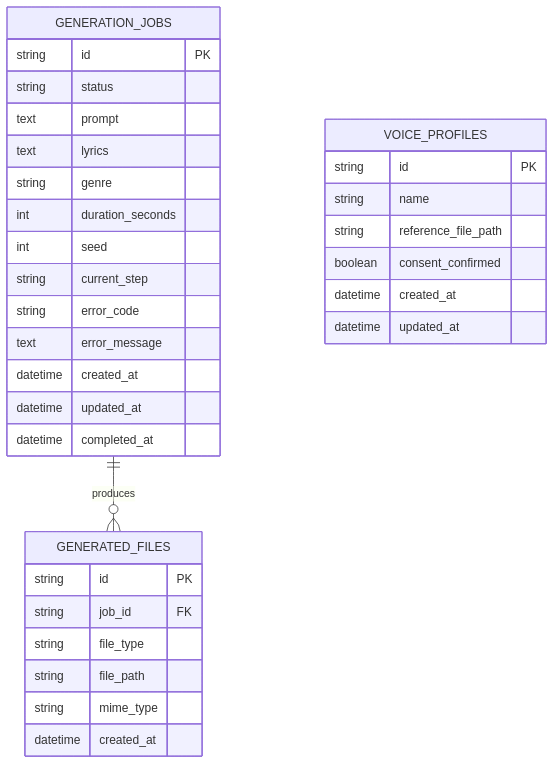
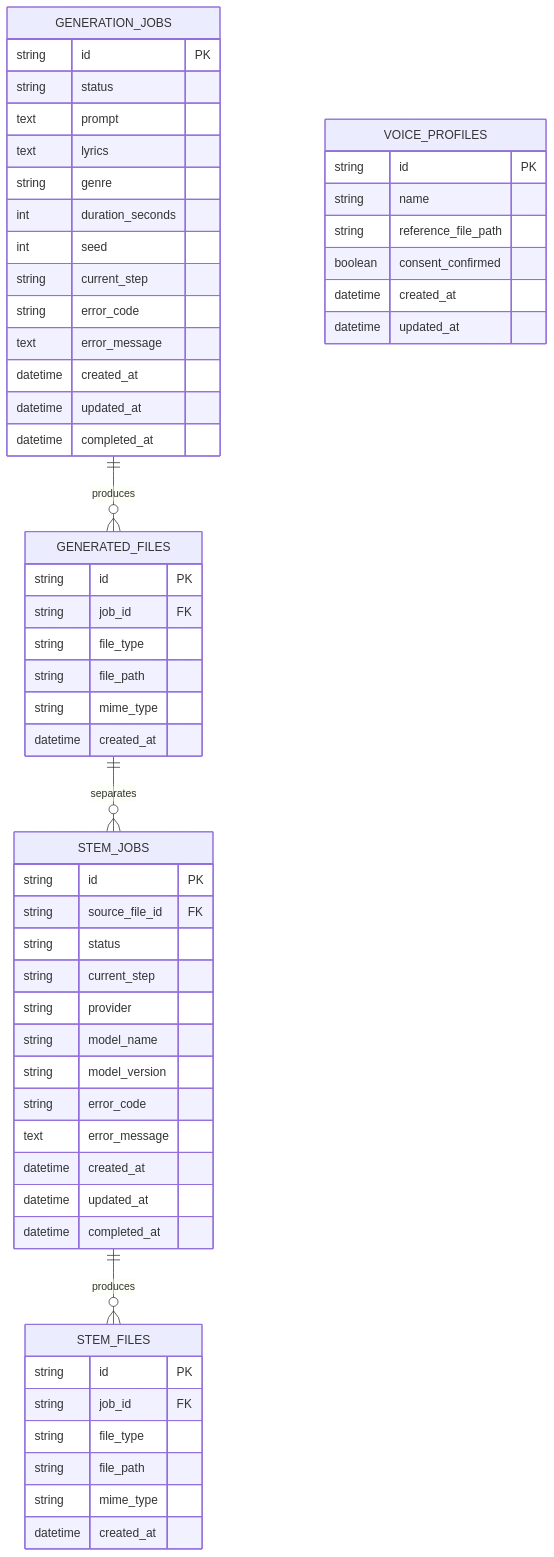
Before and after one commit to DohaStudio/DohaMusic: the diagram in docs/07-database/erd.md, drawn with Mermaid. The commit also changed other lines of this file and 71 other files, not shown here.

````diff
--- a/docs/07-database/erd.md
+++ b/docs/07-database/erd.md
@@ -6,38 +6,64 @@
 ```mermaid
 erDiagram
   GENERATION_JOBS ||--o{ GENERATED_FILES : produces
+  GENERATED_FILES ||--o{ STEM_JOBS : separates
+  STEM_JOBS ||--o{ STEM_FILES : produces
 
   GENERATION_JOBS {
     string id PK
     string status
     text prompt
     text lyrics
     string genre
     int duration_seconds
     int seed
     string current_step
     string error_code
     text error_message
     datetime created_at
     datetime updated_at
     datetime completed_at
   }
 
   GENERATED_FILES {
     string id PK
     string job_id FK
     string file_type
     string file_path
     string mime_type
     datetime created_at
   }
 
+  STEM_JOBS {
+    string id PK
+    string source_file_id FK
+    string status
+    string current_step
+    string provider
+    string model_name
+    string model_version
+    string error_code
+    text error_message
+    datetime created_at
+    datetime updated_at
+    datetime completed_at
+  }
+
+  STEM_FILES {
+    string id PK
+    string job_id FK
+    string file_type
+    string file_path
+    string mime_type
+    datetime created_at
+  }
+
   VOICE_PROFILES {
     string id PK
     string name
     string reference_file_path
     boolean consent_confirmed
     datetime created_at
     datetime updated_at
   }
 ```
````
